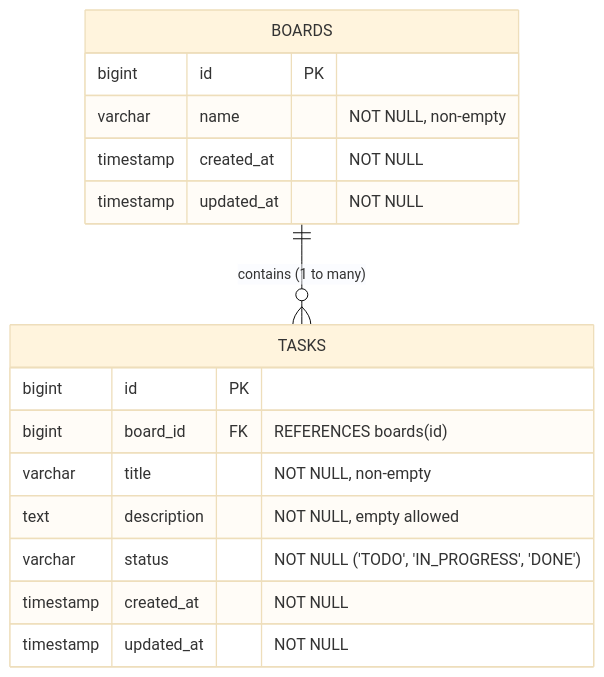
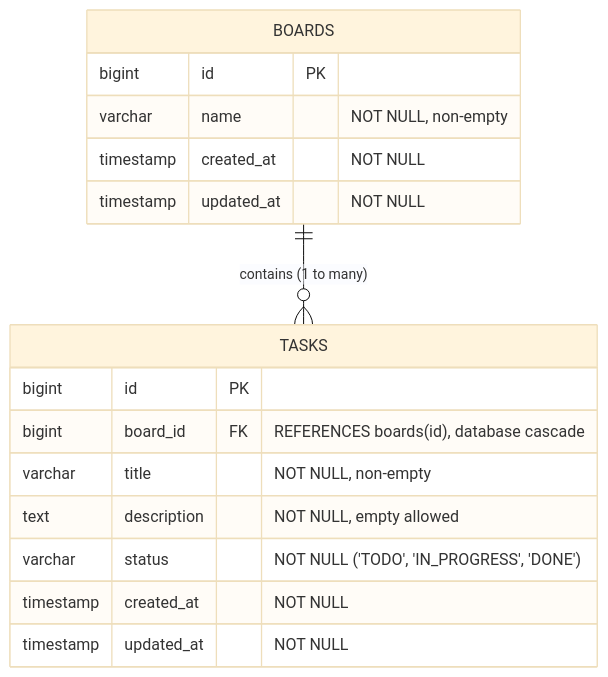
The diagram in backend/SCHEMA.md (aljauzr/wpp-task-management), drawn with Mermaid (base theme) before and after one commit. The commit also changed other lines of this file and 7 other files, not shown here.

Commit message:
feat(backend): complete R4 database-level board task cascade deletion

````diff
--- a/backend/SCHEMA.md
+++ b/backend/SCHEMA.md
@@ -15,19 +15,19 @@
 ```mermaid
 erDiagram
     BOARDS ||--o{ TASKS : "contains (1 to many)"
     BOARDS {
         bigint id PK
         varchar name "NOT NULL, non-empty"
         timestamp created_at "NOT NULL"
         timestamp updated_at "NOT NULL"
     }
     TASKS {
         bigint id PK
-        bigint board_id FK "REFERENCES boards(id)"
+        bigint board_id FK "REFERENCES boards(id), database cascade"
         varchar title "NOT NULL, non-empty"
         text description "NOT NULL, empty allowed"
         varchar status "NOT NULL ('TODO', 'IN_PROGRESS', 'DONE')"
         timestamp created_at "NOT NULL"
         timestamp updated_at "NOT NULL"
     }
 ```
````
